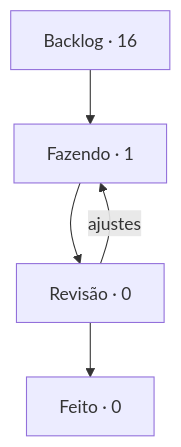
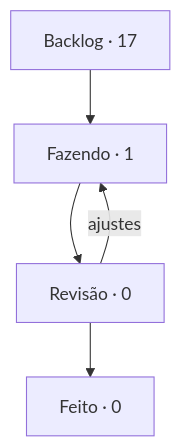
One commit to StudioVibi/VibiKanban changed the diagram in boards/dungeon-bend/BOARD.md. Above: the diagram before and after it, drawn with Mermaid. The commit also changed other lines of this file and 2 other files, not shown here.

````diff
--- a/boards/dungeon-bend/BOARD.md
+++ b/boards/dungeon-bend/BOARD.md
@@ -5,10 +5,10 @@
 ```mermaid
 flowchart TD
-  backlog["Backlog · 16"] --> doing["Fazendo · 1"]
+  backlog["Backlog · 17"] --> doing["Fazendo · 1"]
   doing --> review["Revisão · 0"]
   review --> done["Feito · 0"]
   review -->|ajustes| doing
   doing:::blue
   review:::yellow
   done:::green
 ```
````
